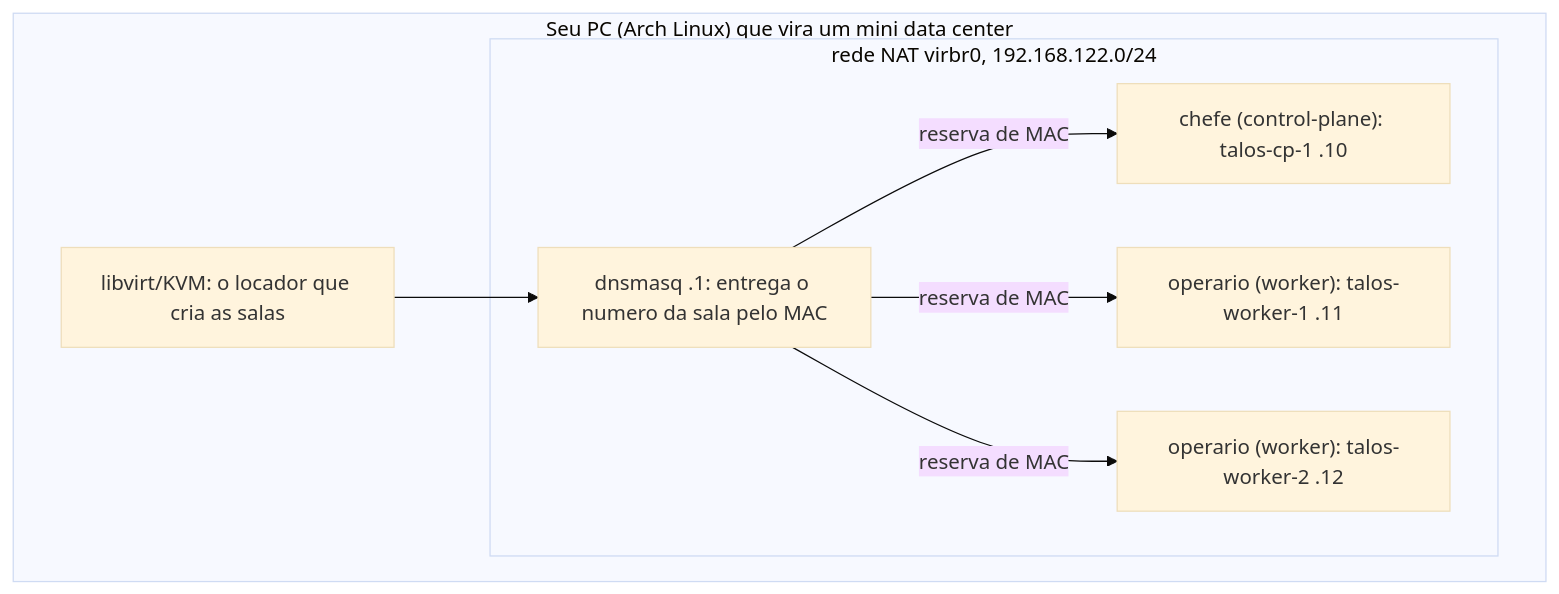
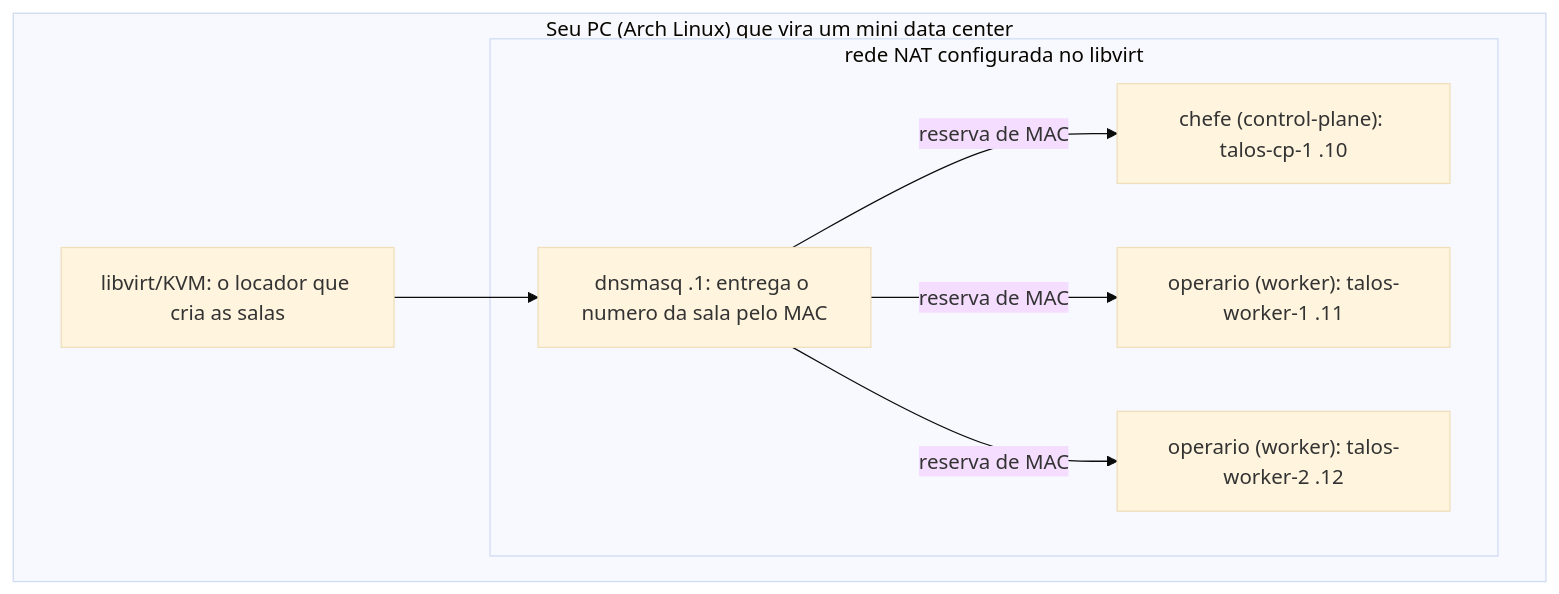
Before and after one commit to heitorfreitasferreira/k8s-gitops-platform: the first of 6 diagrams in terraform/infra/README.md, drawn with Mermaid (base theme). The commit also changed other lines of this file and 9 other files, not shown here.

````diff
--- a/terraform/infra/README.md
+++ b/terraform/infra/README.md
@@ -13,16 +13,16 @@
 ```mermaid
 flowchart TB
   subgraph host["Seu PC (Arch Linux) que vira um mini data center"]
     lb["libvirt/KVM: o locador que cria as salas"]
-    subgraph net["rede NAT virbr0, 192.168.122.0/24"]
+    subgraph net["rede NAT configurada no libvirt"]
       dns["dnsmasq .1: entrega o numero da sala pelo MAC"]
       cp["chefe (control-plane): talos-cp-1 .10"]
       w1["operario (worker): talos-worker-1 .11"]
       w2["operario (worker): talos-worker-2 .12"]
     end
   end
   lb --> dns
   dns -->|reserva de MAC| cp
   dns -->|reserva de MAC| w1
   dns -->|reserva de MAC| w2
 ```
````
